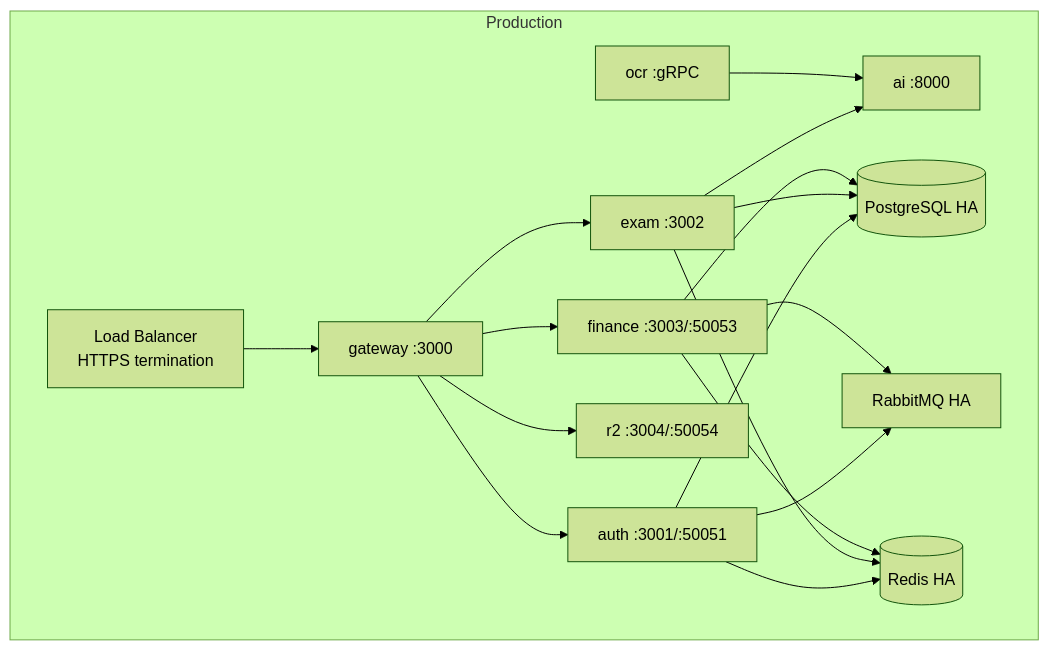
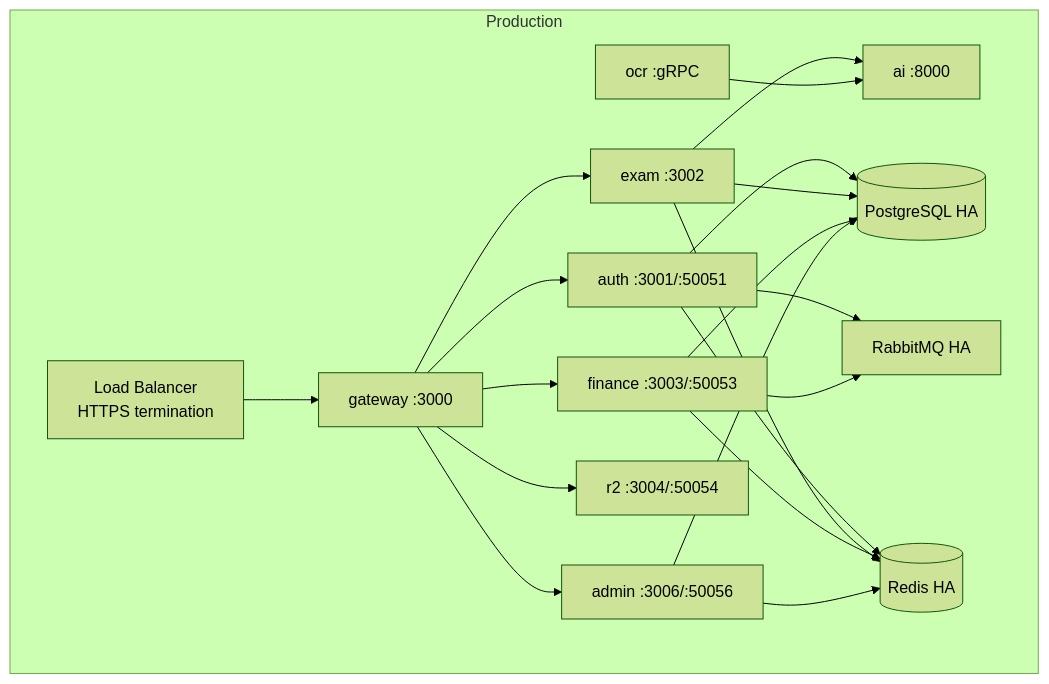
Before and after one commit to tgiap04/examio: the seventh of 7 diagrams in docs/system/architecture.md, drawn with Mermaid (forest theme). The commit also changed other lines of this file and 109 other files, not shown here.

````diff
--- a/docs/system/architecture.md
+++ b/docs/system/architecture.md
@@ -266,31 +292,35 @@
 ```mermaid
 graph TB
     subgraph Production
         LB[Load Balancer<br/>HTTPS termination]
         GW[gateway :3000]
         AUTH[auth :3001/:50051]
         EXAM[exam :3002]
         FIN[finance :3003/:50053]
+        ADMIN[admin :3006/:50056]
         R2[r2 :3004/:50054]
         AI[ai :8000]
         OCR[ocr :gRPC]
         PG[(PostgreSQL HA)]
         REDIS[(Redis HA)]
         RMQ[RabbitMQ HA]
     end
     LB --> GW
     GW --> AUTH
     GW --> EXAM
     GW --> FIN
+    GW --> ADMIN
     GW --> R2
     EXAM --> AI
     OCR --> AI
     AUTH --> PG
     EXAM --> PG
     FIN --> PG
+    ADMIN --> PG
     AUTH --> RMQ
     FIN --> RMQ
     AUTH --> REDIS
     EXAM --> REDIS
     FIN --> REDIS
+    ADMIN --> REDIS
 ```
````
